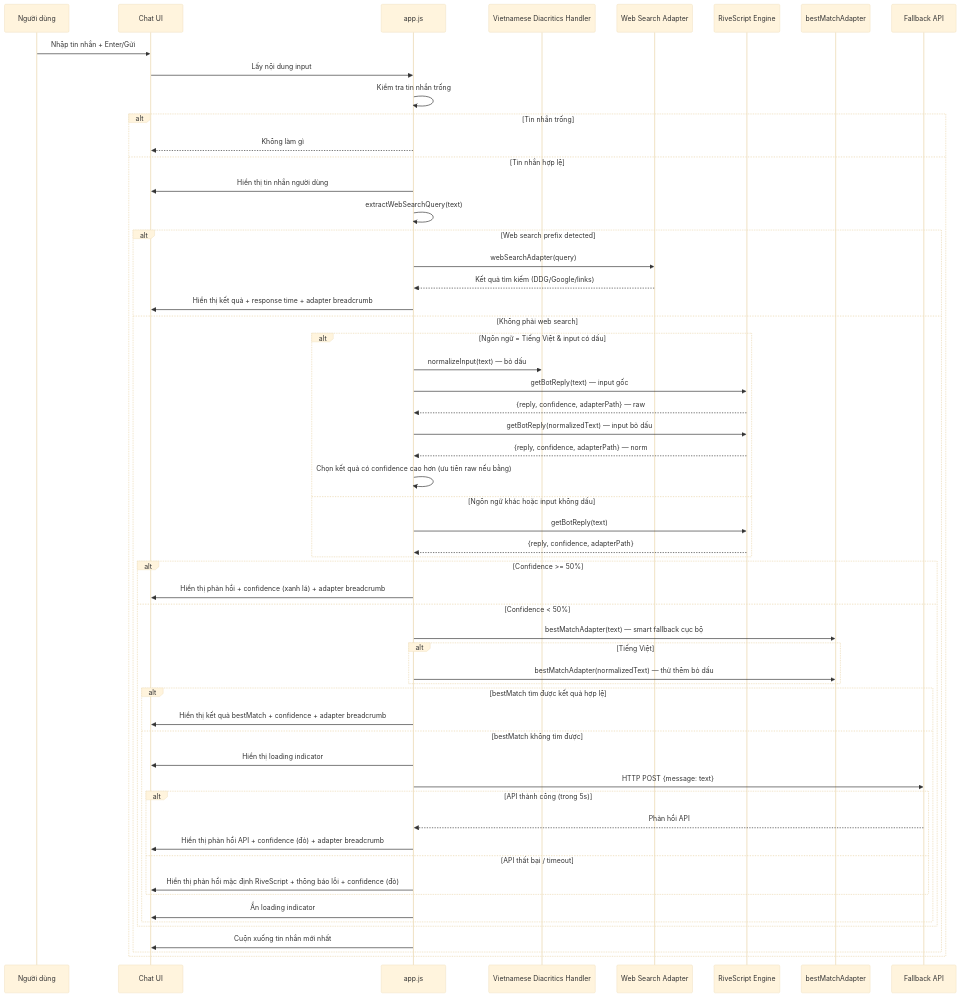
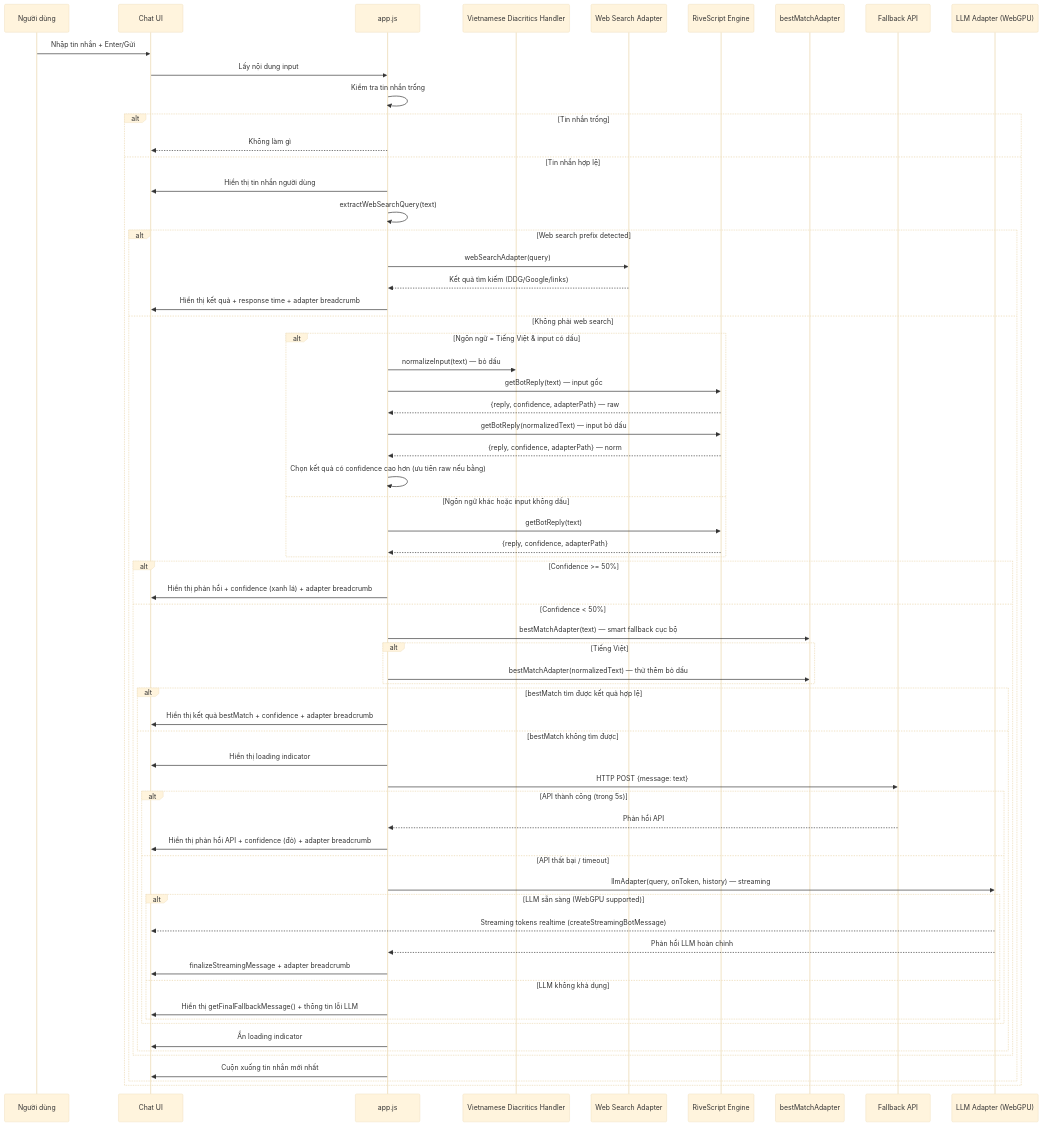
The second of 3 diagrams in .kiro/specs/hikari-chatbot/design.md (han48/chatbot-js), drawn with Mermaid (base theme) before and after one commit. The commit also changed other lines of this file and 2 other files, not shown here.

````diff
--- a/.kiro/specs/hikari-chatbot/design.md
+++ b/.kiro/specs/hikari-chatbot/design.md
@@ -111,60 +139,68 @@
 ```mermaid
 sequenceDiagram
     participant U as Người dùng
     participant UI as Chat UI
     participant JS as app.js
     participant VN as Vietnamese Diacritics Handler
     participant WS as Web Search Adapter
     participant RS as RiveScript Engine
     participant BM as bestMatchAdapter
     participant API as Fallback API
+    participant LLM as LLM Adapter (WebGPU)
 
     U->>UI: Nhập tin nhắn + Enter/Gửi
     UI->>JS: Lấy nội dung input
     JS->>JS: Kiểm tra tin nhắn trống
     alt Tin nhắn trống
         JS-->>UI: Không làm gì
     else Tin nhắn hợp lệ
         JS->>UI: Hiển thị tin nhắn người dùng
         JS->>JS: extractWebSearchQuery(text)
         alt Web search prefix detected
             JS->>WS: webSearchAdapter(query)
             WS-->>JS: Kết quả tìm kiếm (DDG/Google/links)
             JS->>UI: Hiển thị kết quả + response time + adapter breadcrumb
         else Không phải web search
             alt Ngôn ngữ = Tiếng Việt & input có dấu
             JS->>VN: normalizeInput(text) — bỏ dấu
             JS->>RS: getBotReply(text) — input gốc
             RS-->>JS: {reply, confidence, adapterPath} — raw
             JS->>RS: getBotReply(normalizedText) — input bỏ dấu
             RS-->>JS: {reply, confidence, adapterPath} — norm
             JS->>JS: Chọn kết quả có confidence cao hơn (ưu tiên raw nếu bằng)
         else Ngôn ngữ khác hoặc input không dấu
             JS->>RS: getBotReply(text)
             RS-->>JS: {reply, confidence, adapterPath}
         end
         alt Confidence >= 50%
             JS->>UI: Hiển thị phản hồi + confidence (xanh lá) + adapter breadcrumb
         else Confidence < 50%
             JS->>BM: bestMatchAdapter(text) — smart fallback cục bộ
             alt Tiếng Việt
                 JS->>BM: bestMatchAdapter(normalizedText) — thử thêm bỏ dấu
             end
             alt bestMatch tìm được kết quả hợp lệ
                 JS->>UI: Hiển thị kết quả bestMatch + confidence + adapter breadcrumb
             else bestMatch không tìm được
                 JS->>UI: Hiển thị loading indicator
                 JS->>API: HTTP POST {message: text}
                 alt API thành công (trong 5s)
                     API-->>JS: Phản hồi API
                     JS->>UI: Hiển thị phản hồi API + confidence (đỏ) + adapter breadcrumb
                 else API thất bại / timeout
-                    JS->>UI: Hiển thị phản hồi mặc định RiveScript + thông báo lỗi + confidence (đỏ)
+                    JS->>LLM: llmAdapter(query, onToken, history) — streaming
+                    alt LLM sẵn sàng (WebGPU supported)
+                        LLM-->>UI: Streaming tokens realtime (createStreamingBotMessage)
+                        LLM-->>JS: Phản hồi LLM hoàn chỉnh
+                        JS->>UI: finalizeStreamingMessage + adapter breadcrumb
+                    else LLM không khả dụng
+                        JS->>UI: Hiển thị getFinalFallbackMessage() + thông tin lỗi LLM
+                    end
                 end
                 JS->>UI: Ẩn loading indicator
             end
         end
         JS->>UI: Cuộn xuống tin nhắn mới nhất
         end
     end
 ```
````
